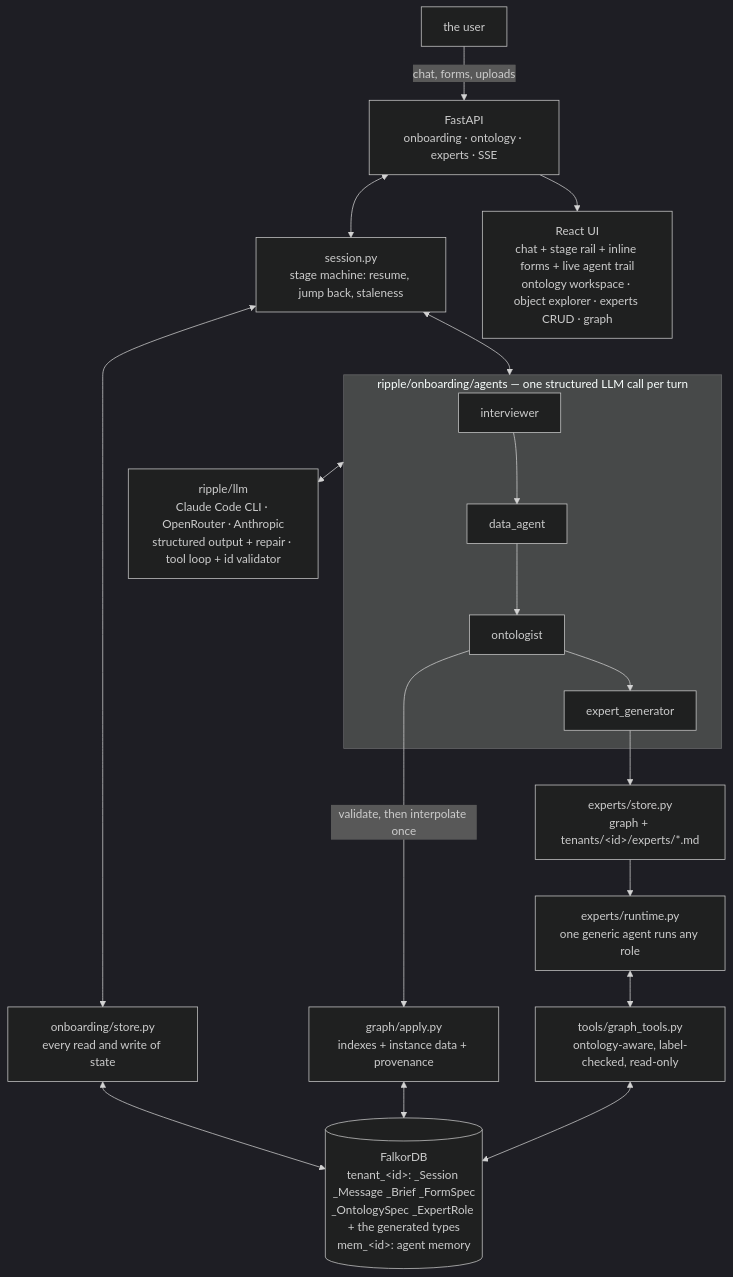
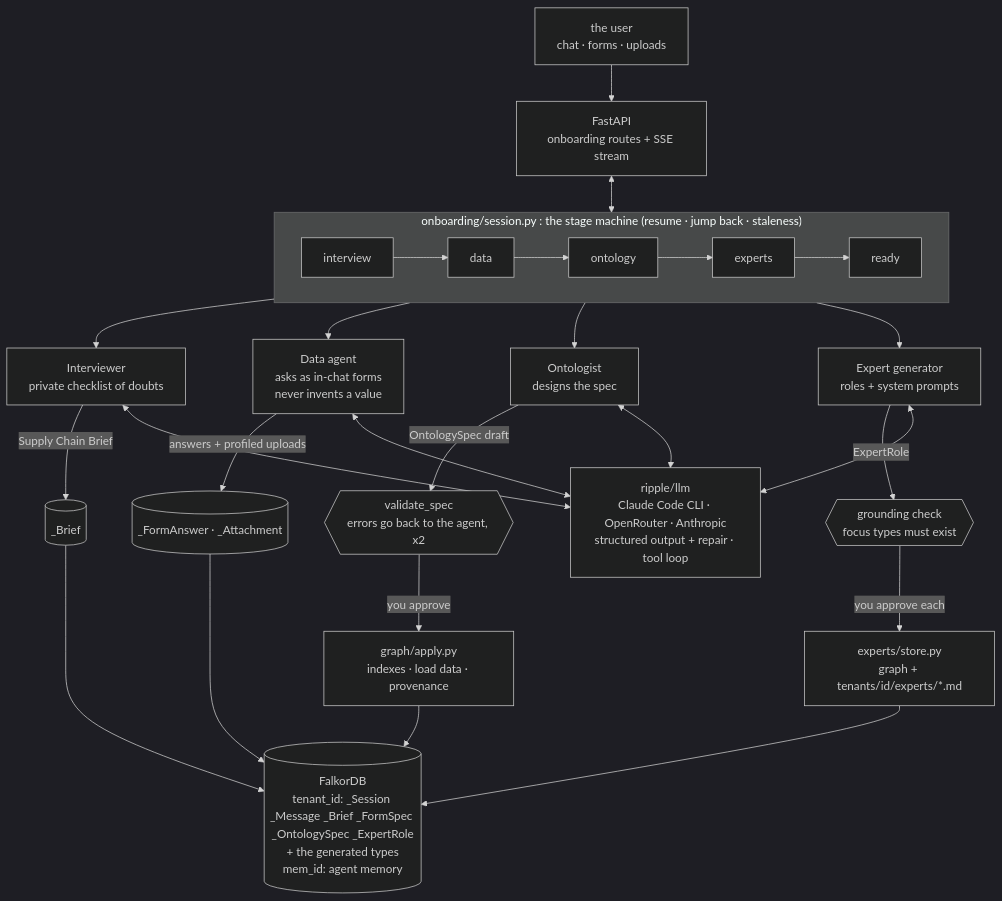
The first of 3 diagrams in README.md (DivyanshParashar1/iota-graph-hackathon), drawn with Mermaid (dark theme) before and after one commit. The commit also changed other lines of this file and 18 other files, not shown here.

Commit message:
Restructure README and docs around graph operations and onboarding

````diff
--- a/README.md
+++ b/README.md
@@ -124,18 +126,25 @@
 ```mermaid
 flowchart TB
-  U[the user] -->|chat, forms, uploads| API
-  subgraph Agents["ripple/onboarding/agents — one structured LLM call per turn"]
-    I[interviewer] --> D[data_agent] --> O[ontologist] --> X[expert_generator]
+  U[the user<br/>chat · forms · uploads] --> API[FastAPI<br/>onboarding routes + SSE stream]
+  API <--> SM
+
+  subgraph SM["onboarding/session.py : the stage machine (resume · jump back · staleness)"]
+    direction LR
+    S1[interview] --> S2[data] --> S3[ontology] --> S4[experts] --> S5[ready]
   end
-  API[FastAPI<br/>onboarding · ontology · experts · SSE] <--> SM[session.py<br/>stage machine: resume, jump back, staleness]
-  SM <--> Agents
-  Agents <--> LLM[ripple/llm<br/>Claude Code CLI · OpenRouter · Anthropic<br/>structured output + repair · tool loop + id validator]
-  SM <--> ST[onboarding/store.py<br/>every read and write of state]
-  O -->|validate, then interpolate once| AP[graph/apply.py<br/>indexes + instance data + provenance]
-  ST & AP <--> FDB[(FalkorDB<br/>tenant_&lt;id&gt;: _Session _Message _Brief _FormSpec<br/>_OntologySpec _ExpertRole + the generated types<br/>mem_&lt;id&gt;: agent memory)]
-  X --> ER[experts/store.py<br/>graph + tenants/&lt;id&gt;/experts/*.md]
-  ER --> RT[experts/runtime.py<br/>one generic agent runs any role]
-  RT <--> TOOLS[tools/graph_tools.py<br/>ontology-aware, label-checked, read-only]
-  TOOLS <--> FDB
-  API --> UI[React UI<br/>chat + stage rail + inline forms + live agent trail<br/>ontology workspace · object explorer · experts CRUD · graph]
+
+  S1 --> A1[Interviewer<br/>private checklist of doubts]
+  S2 --> A2[Data agent<br/>asks as in-chat forms<br/>never invents a value]
+  S3 --> A3[Ontologist<br/>designs the spec]
+  S4 --> A4[Expert generator<br/>roles + system prompts]
+
+  A1 -->|Supply Chain Brief| B[(_Brief)]
+  A2 -->|answers + profiled uploads| P[(_FormAnswer · _Attachment)]
+  A3 -->|OntologySpec draft| V{{validate_spec<br/>errors go back to the agent, x2}}
+  V -->|you approve| AP[graph/apply.py<br/>indexes · load data · provenance]
+  A4 -->|ExpertRole| V2{{grounding check<br/>focus types must exist}}
+  V2 -->|you approve each| ER[experts/store.py<br/>graph + tenants/id/experts/*.md]
+
+  A1 & A2 & A3 & A4 <--> LLM[ripple/llm<br/>Claude Code CLI · OpenRouter · Anthropic<br/>structured output + repair · tool loop]
+  B & P & AP & ER --> FDB[(FalkorDB<br/>tenant_id: _Session _Message _Brief _FormSpec _OntologySpec _ExpertRole<br/>+ the generated types<br/>mem_id: agent memory)]
 ```
````
